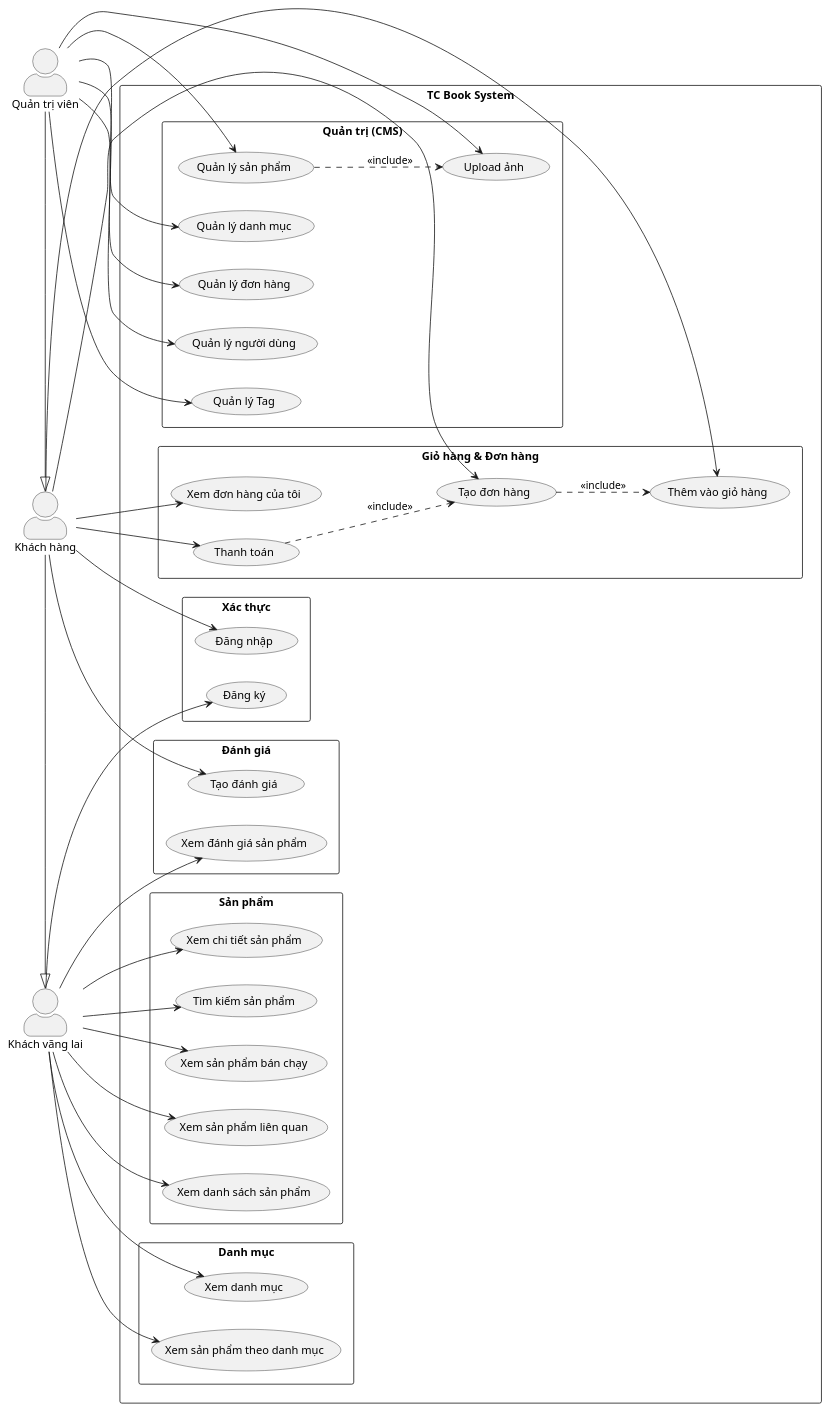
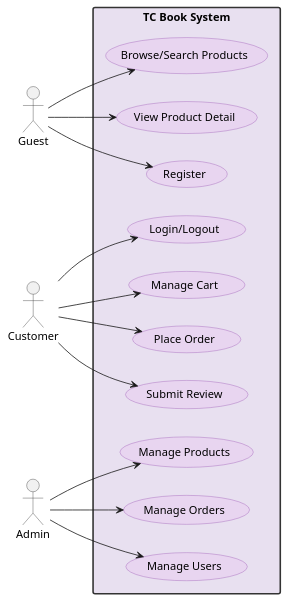
One commit to Sown13/nhohantu_be changed the diagram in docs/use-case-diagram.puml. Above: the diagram before and after it, drawn with PlantUML. The commit also changed 5 other files, not shown here.

```diff
--- a/docs/use-case-diagram.puml
+++ b/docs/use-case-diagram.puml
@@ -1,99 +1,49 @@
-@startuml TC Book - Use Case Diagram
+@startuml TC_Book_Use_Case
 
 left to right direction
-skinparam packageStyle rectangle
-skinparam actorStyle awesome
 
-' === ACTORS ===
-actor "Khách vãng lai" as Guest
-actor "Khách hàng" as User
-actor "Quản trị viên" as Admin
-
-' === Kế thừa Actor ===
-User -|> Guest
-Admin -|> User
-
-' === SYSTEM BOUNDARY ===
-rectangle "TC Book System" {
-    
-    ' --- Authentication ---
-    package "Xác thực" {
-        usecase "Đăng nhập" as UC_Login
-        usecase "Đăng ký" as UC_Register
-    }
-    
-    ' --- Product ---
-    package "Sản phẩm" {
-        usecase "Xem danh sách sản phẩm" as UC_ViewProducts
-        usecase "Xem chi tiết sản phẩm" as UC_ViewProductDetail
-        usecase "Tìm kiếm sản phẩm" as UC_SearchProduct
-        usecase "Xem sản phẩm bán chạy" as UC_BestSeller
-        usecase "Xem sản phẩm liên quan" as UC_RelatedProducts
-    }
-    
-    ' --- Category ---
-    package "Danh mục" {
-        usecase "Xem danh mục" as UC_ViewCategory
-        usecase "Xem sản phẩm theo danh mục" as UC_ProductByCategory
-    }
-    
-    ' --- Cart & Order ---
-    package "Giỏ hàng & Đơn hàng" {
-        usecase "Thêm vào giỏ hàng" as UC_AddToCart
-        usecase "Tạo đơn hàng" as UC_CreateOrder
-        usecase "Xem đơn hàng của tôi" as UC_ViewMyOrders
-        usecase "Thanh toán" as UC_Payment
-    }
-    
-    ' --- Review ---
-    package "Đánh giá" {
-        usecase "Xem đánh giá sản phẩm" as UC_ViewReviews
-        usecase "Tạo đánh giá" as UC_CreateReview
-    }
-    
-    ' --- CMS ---
-    package "Quản trị (CMS)" {
-        usecase "Quản lý sản phẩm" as UC_ManageProducts
-        usecase "Quản lý danh mục" as UC_ManageCategories
-        usecase "Quản lý đơn hàng" as UC_ManageOrders
-        usecase "Quản lý người dùng" as UC_ManageUsers
-        usecase "Quản lý Tag" as UC_ManageTags
-        usecase "Upload ảnh" as UC_UploadImage
-    }
+skinparam backgroundColor white
+skinparam usecase {
+    BackgroundColor #E8D5F0
+    BorderColor #9B59B6
+}
+skinparam actor {
+    BorderColor #333333
+}
+skinparam rectangle {
+    BackgroundColor #E8E0F0
+    BorderColor #333333
+    BorderThickness 2
 }
 
-' === RELATIONSHIPS ===
+actor "Guest" as Guest
+actor "Customer" as Customer
+actor "Admin" as Admin
 
-' Guest
-Guest --> UC_ViewProducts
-Guest --> UC_ViewProductDetail
-Guest --> UC_SearchProduct
-Guest --> UC_BestSeller
-Guest --> UC_RelatedProducts
-Guest --> UC_ViewCategory
-Guest --> UC_ProductByCategory
-Guest --> UC_ViewReviews
+rectangle "TC Book System" {
+    usecase "Browse/Search Products" as UC_Browse
+    usecase "View Product Detail" as UC_Detail
+    usecase "Register" as UC_Register
+    usecase "Login/Logout" as UC_Auth
+    usecase "Manage Cart" as UC_Cart
+    usecase "Place Order" as UC_Order
+    usecase "Submit Review" as UC_Review
+    usecase "Manage Products" as UC_MngProduct
+    usecase "Manage Orders" as UC_MngOrder
+    usecase "Manage Users" as UC_MngUser
+}
+
+Guest --> UC_Browse
+Guest --> UC_Detail
 Guest --> UC_Register
 
-' User (kế thừa Guest + thêm)
-User --> UC_Login
-User --> UC_AddToCart
-User --> UC_CreateOrder
-User --> UC_ViewMyOrders
-User --> UC_Payment
-User --> UC_CreateReview
+Customer --> UC_Auth
+Customer --> UC_Cart
+Customer --> UC_Order
+Customer --> UC_Review
 
-' Admin (kế thừa User + thêm)
-Admin --> UC_ManageProducts
-Admin --> UC_ManageCategories
-Admin --> UC_ManageOrders
-Admin --> UC_ManageUsers
-Admin --> UC_ManageTags
-Admin --> UC_UploadImage
-
-' === INCLUDE / EXTEND ===
-UC_CreateOrder ..> UC_AddToCart : <<include>>
-UC_Payment ..> UC_CreateOrder : <<include>>
-UC_ManageProducts ..> UC_UploadImage : <<include>>
+Admin --> UC_MngProduct
+Admin --> UC_MngOrder
+Admin --> UC_MngUser
 
 @enduml
```
